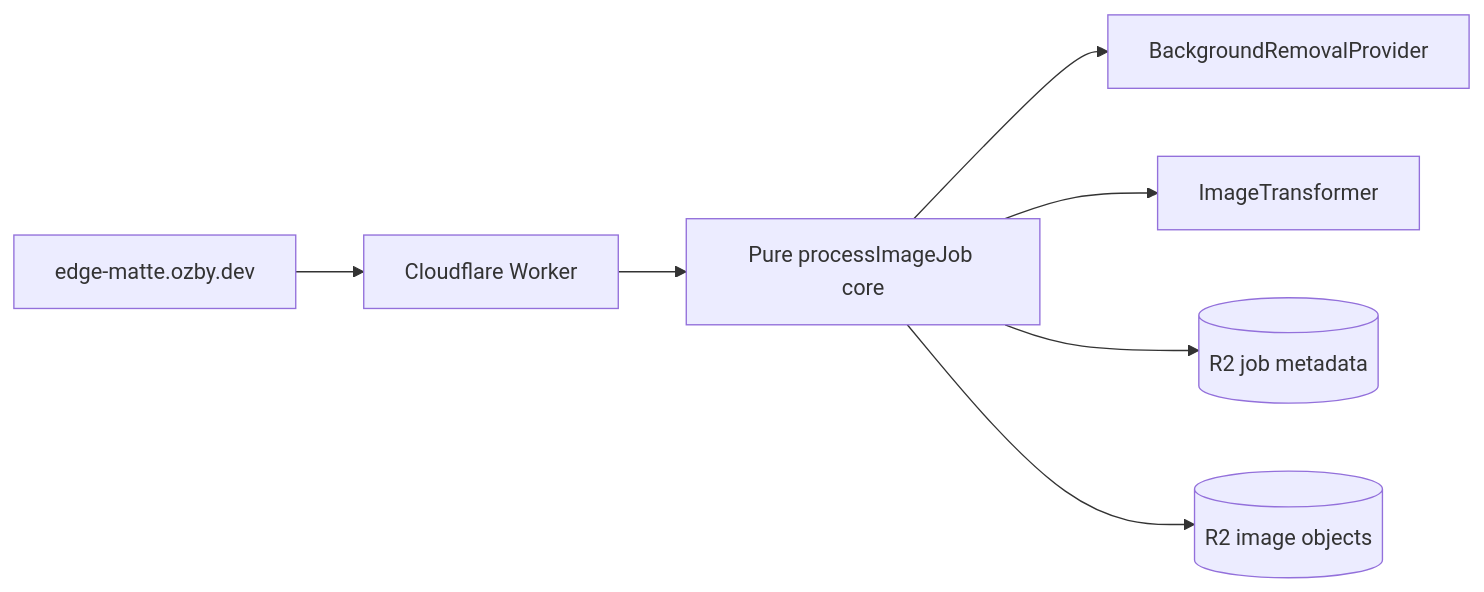
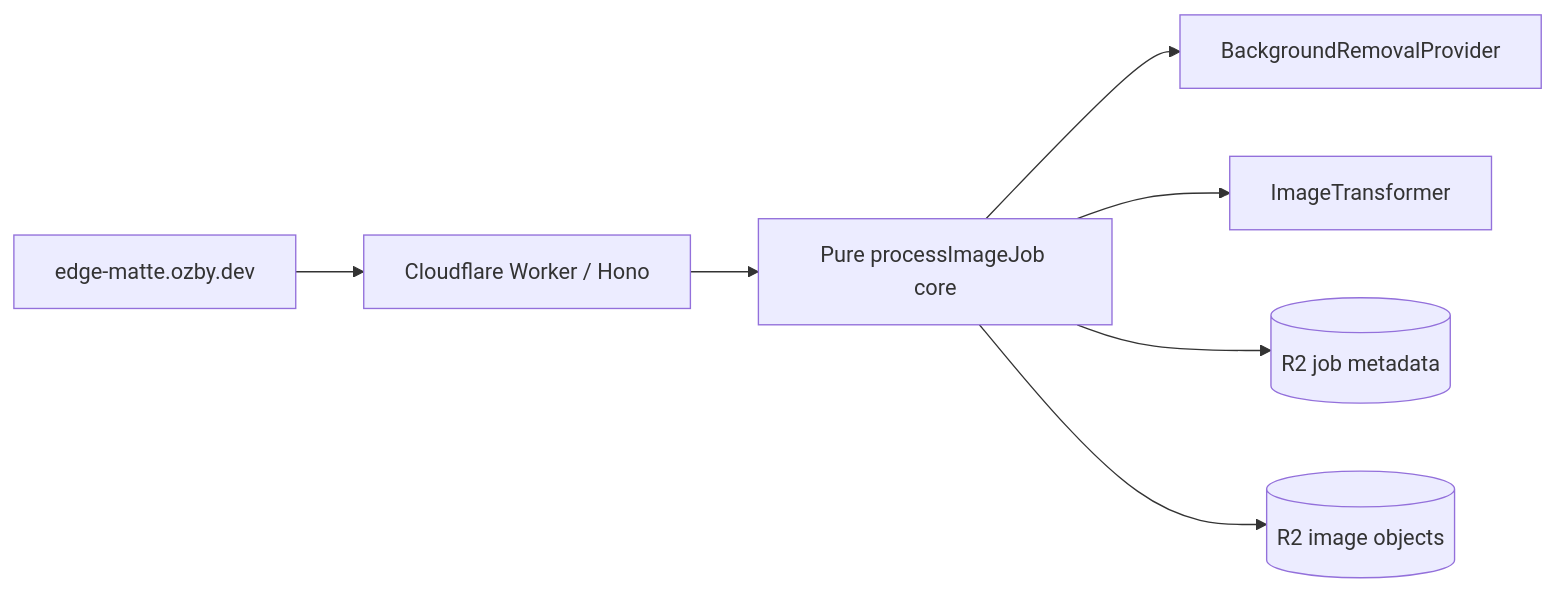
Before and after one commit to ozby/edge-matte: the diagram in README.md, drawn with Mermaid. The commit also changed other lines of this file and 4 other files, not shown here.

````diff
--- a/README.md
+++ b/README.md
@@ -22,9 +68,9 @@
 ```mermaid
 flowchart LR
-    DOMAIN[edge-matte.ozby.dev] --> WORKER[Cloudflare Worker]
+    DOMAIN[edge-matte.ozby.dev] --> WORKER[Cloudflare Worker / Hono]
     WORKER --> CORE[Pure processImageJob core]
     CORE --> BG[BackgroundRemovalProvider]
     CORE --> IMG[ImageTransformer]
     CORE --> META[(R2 job metadata)]
     CORE --> BLOBS[(R2 image objects)]
 ```
````
